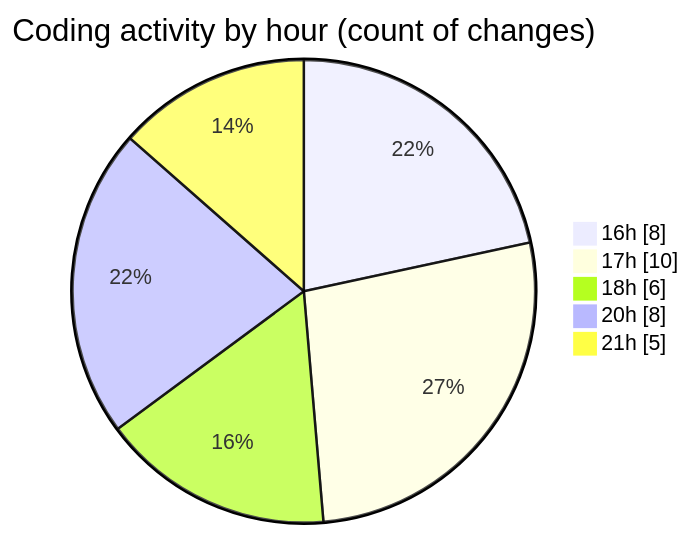
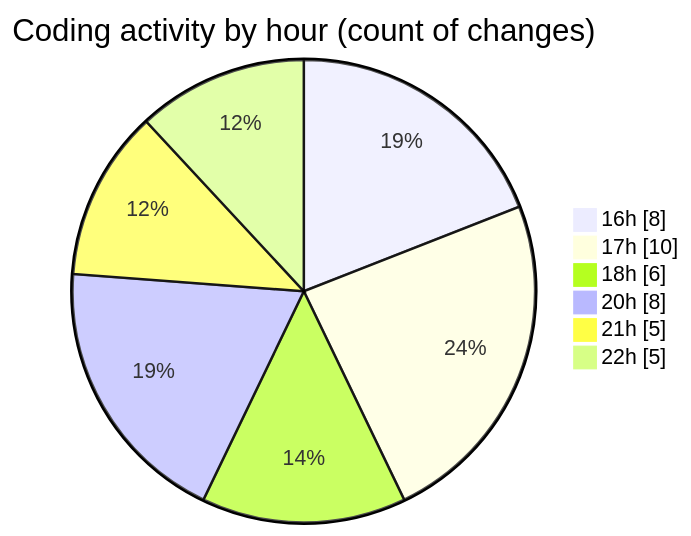
One commit to Elitesun/code-tracking changed the second of 2 diagrams in 2025-02-06/react_ecom/README.md. Above: the diagram before and after it, drawn with Mermaid. The commit also changed other lines of this file and 1 other file, not shown here.

````diff
--- a/2025-02-06/react_ecom/README.md
+++ b/2025-02-06/react_ecom/README.md
@@ -34,9 +37,10 @@
 ```mermaid
 pie showData
 title Coding activity by hour (count of changes)
 "16h" : 8
 "17h" : 10
 "18h" : 6
 "20h" : 8
 "21h" : 5
+"22h" : 5
 ```
````
